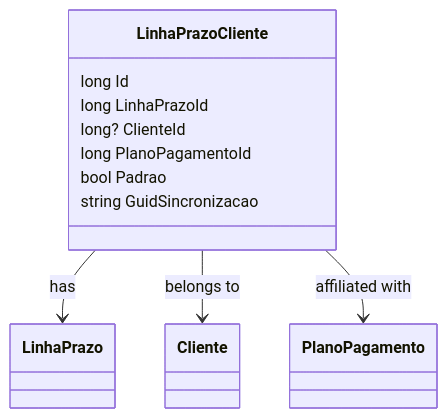
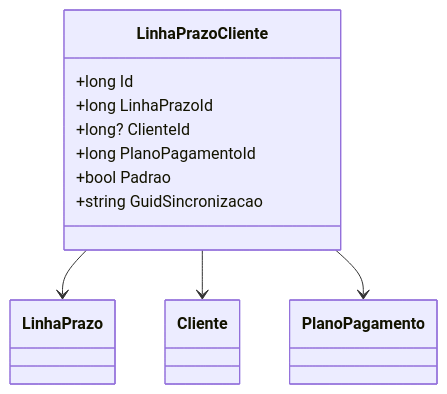
One commit to IsthmusSistemas/documentacao-tecnica changed the diagram in docs/b2b-dominio/IsthmusWinthor.Nucleo/IsthmusWinthor.Dominio/Entidades/LinhaPrazoCliente.md. Above: the diagram before and after it, drawn with Mermaid. The commit also changed other lines of this file and 882 other files, not shown here.

````diff
--- a/docs/b2b-dominio/IsthmusWinthor.Nucleo/IsthmusWinthor.Dominio/Entidades/LinhaPrazoCliente.md
+++ b/docs/b2b-dominio/IsthmusWinthor.Nucleo/IsthmusWinthor.Dominio/Entidades/LinhaPrazoCliente.md
@@ -23,18 +23,18 @@
 ```mermaid
 classDiagram
     class LinhaPrazoCliente {
-        long Id
-        long LinhaPrazoId
-        long? ClienteId
-        long PlanoPagamentoId
-        bool Padrao
-        string GuidSincronizacao
+        +long Id
+        +long LinhaPrazoId
+        +long? ClienteId
+        +long PlanoPagamentoId
+        +bool Padrao
+        +string GuidSincronizacao
     }
     class LinhaPrazo
     class Cliente
     class PlanoPagamento
 
-    LinhaPrazoCliente --> LinhaPrazo : has
-    LinhaPrazoCliente --> Cliente : belongs to
-    LinhaPrazoCliente --> PlanoPagamento : affiliated with
-```
+    LinhaPrazoCliente --> LinhaPrazo
+    LinhaPrazoCliente --> Cliente
+    LinhaPrazoCliente --> PlanoPagamento
+``` 
````
